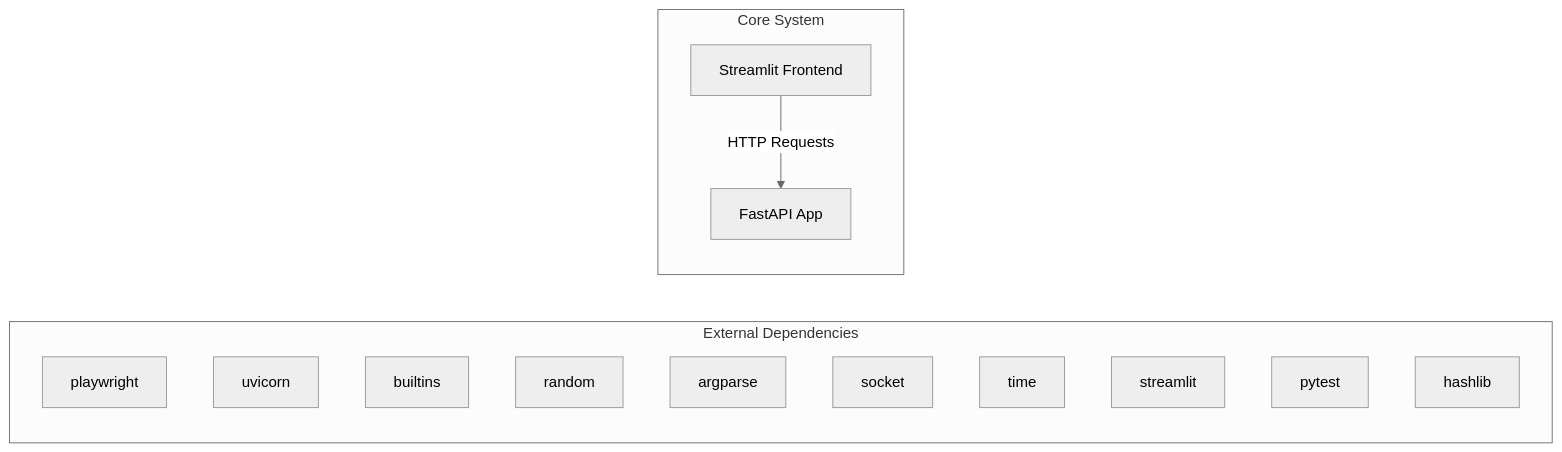
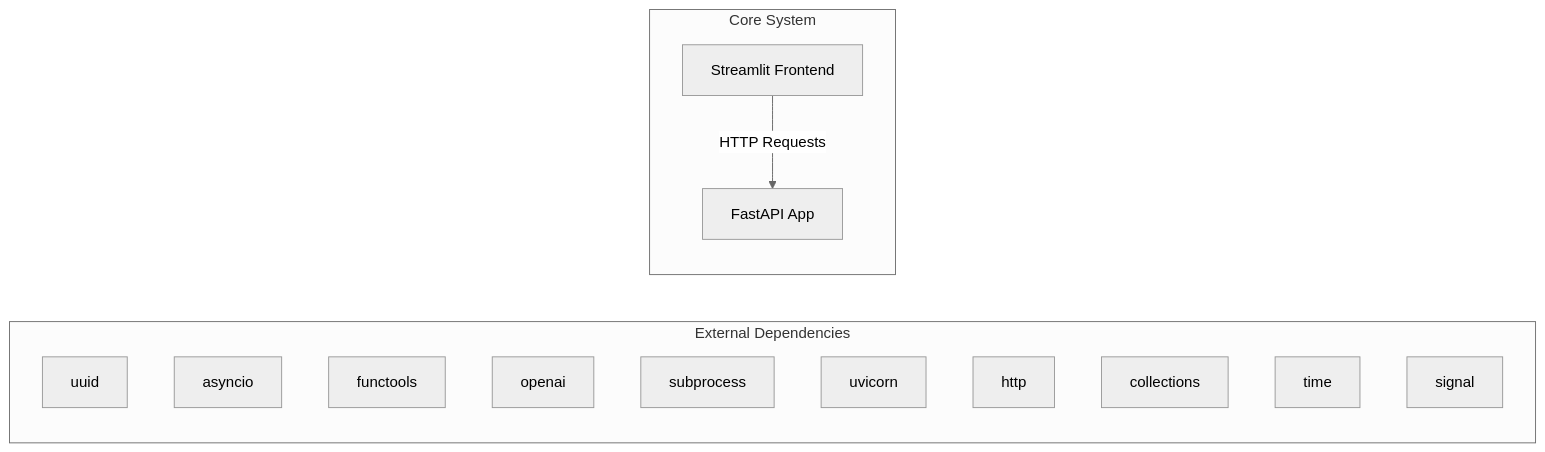
One commit to NITISH-R-G/rag-context-optimizer changed the first of 2 diagrams in docs/architecture.md. Above: the diagram before and after it, drawn with Mermaid (neutral theme). The commit also changed 1 other file, not shown here.

Commit message:
docs: auto-update repository knowledge, architecture diagrams, and documentation

````diff
--- a/docs/architecture.md
+++ b/docs/architecture.md
@@ -7,20 +7,20 @@
 ```mermaid
 graph LR
     subgraph External Dependencies
-        E0["playwright"]
-        E1["uvicorn"]
-        E2["builtins"]
-        E3["random"]
-        E4["argparse"]
-        E5["socket"]
-        E6["time"]
-        E7["streamlit"]
-        E8["pytest"]
-        E9["hashlib"]
+        E0["uuid"]
+        E1["asyncio"]
+        E2["functools"]
+        E3["openai"]
+        E4["subprocess"]
+        E5["uvicorn"]
+        E6["http"]
+        E7["collections"]
+        E8["time"]
+        E9["signal"]
     end
     subgraph Core System
         API["FastAPI App"]
         UI["Streamlit Frontend"]
     end
     UI -->|HTTP Requests| API
 ```
````
